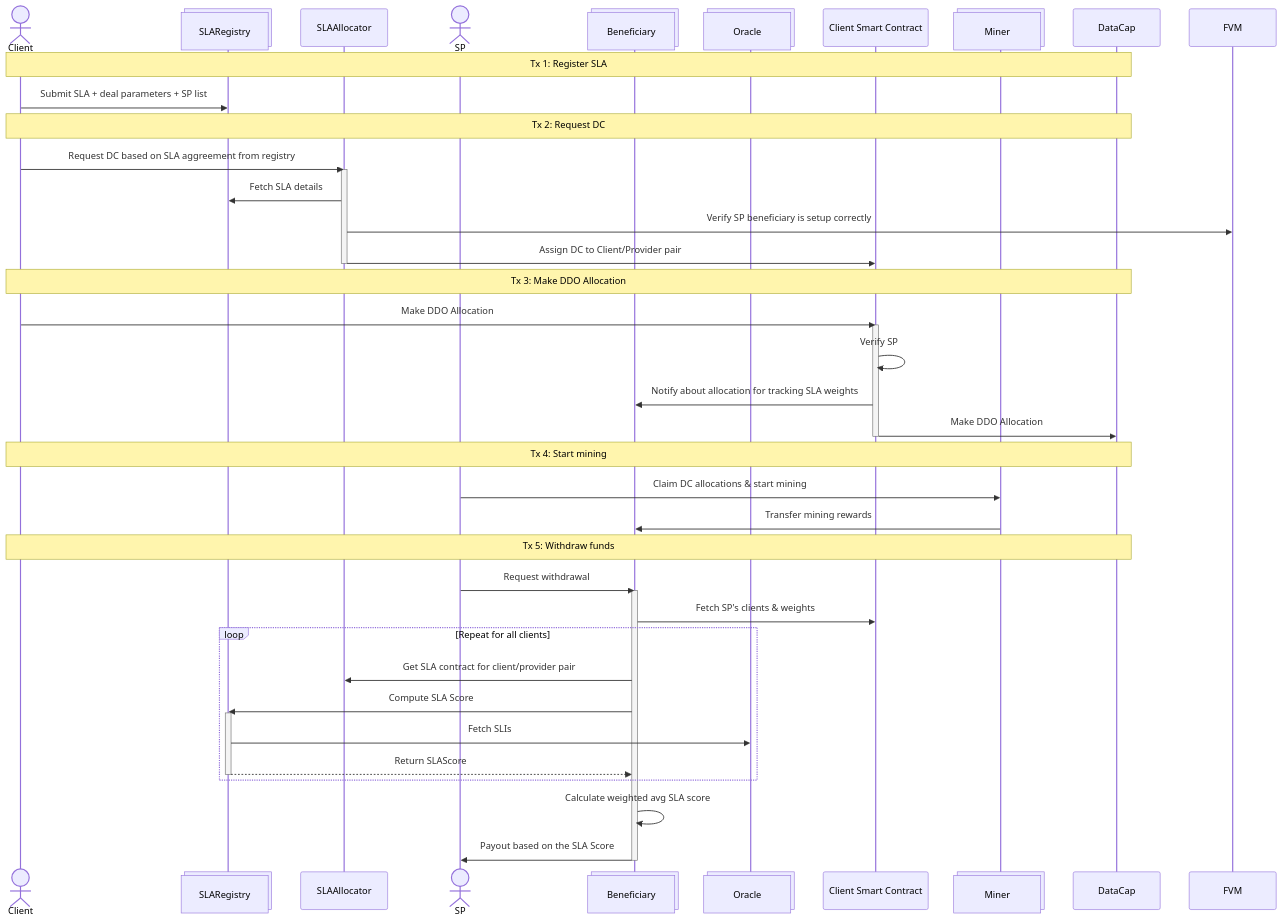
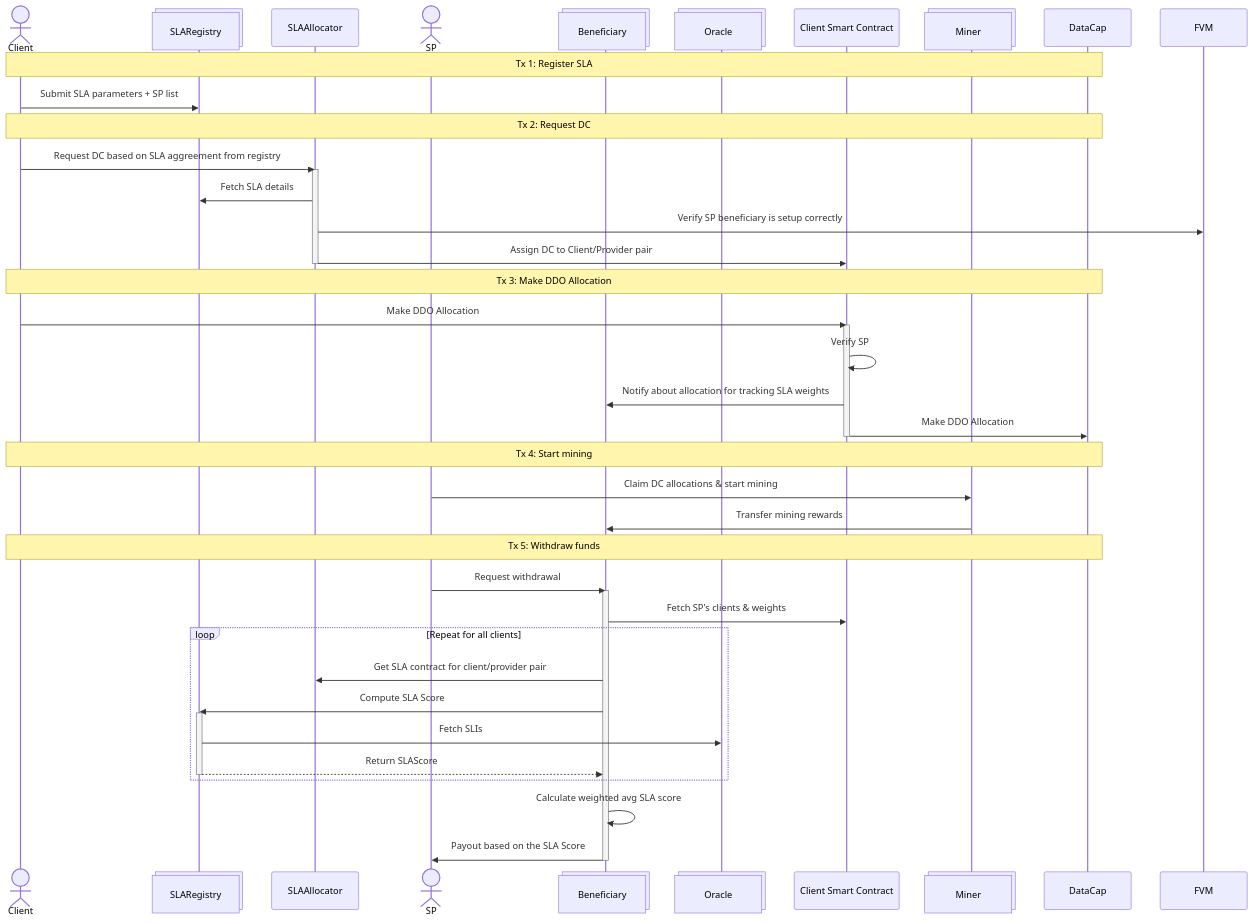
One commit to kacperzuk-neti/sla-allocator-contracts changed the first of 2 diagrams in README.md. Above: the diagram before and after it, drawn with Mermaid. The commit also changed other lines of this file, not shown here.

````diff
--- a/README.md
+++ b/README.md
@@ -192,54 +194,54 @@
 ```mermaid
 sequenceDiagram
   actor Client
   participant SLARegistry@{ "type" : "collections" }
   participant SLAAllocator
   actor SP
   participant Beneficiary@{ "type" : "collections" }
   participant Oracle@{ "type" : "collections" }
   participant ClientSC as Client Smart Contract
   participant Miner@{ "type" : "collections" }
 
 note over Client,DataCap: Tx 1: Register SLA
-  Client->>SLARegistry: Submit SLA + deal parameters + SP list
+  Client->>SLARegistry: Submit SLA parameters + SP list
 
 note over Client,DataCap: Tx 2: Request DC
   Client->>SLAAllocator: Request DC based on SLA aggreement from registry
   activate SLAAllocator
   SLAAllocator->>SLARegistry: Fetch SLA details
 
   SLAAllocator->>FVM: Verify SP beneficiary is setup correctly
   SLAAllocator->>ClientSC: Assign DC to Client/Provider pair
   deactivate SLAAllocator
 
 note over Client,DataCap: Tx 3: Make DDO Allocation
   Client->>ClientSC: Make DDO Allocation
   activate ClientSC
   ClientSC->>ClientSC: Verify SP
   ClientSC->>Beneficiary: Notify about allocation for tracking SLA weights
   ClientSC->>DataCap: Make DDO Allocation
   deactivate ClientSC
 
 note over Client,DataCap: Tx 4: Start mining
   SP->>Miner: Claim DC allocations & start mining
   Miner->>Beneficiary: Transfer mining rewards
   
 note over Client,DataCap: Tx 5: Withdraw funds
   SP->>Beneficiary: Request withdrawal
   activate Beneficiary
   
   Beneficiary->>ClientSC: Fetch SP's clients & weights
   loop Repeat for all clients
   Beneficiary->>SLAAllocator: Get SLA contract for client/provider pair
   Beneficiary->>SLARegistry: Compute SLA Score
   activate SLARegistry
   SLARegistry->>Oracle: Fetch SLIs
   SLARegistry-->>Beneficiary: Return SLAScore
   deactivate SLARegistry
   end
   
   Beneficiary->>Beneficiary: Calculate weighted avg SLA score
 
   Beneficiary->>SP: Payout based on the SLA Score
   deactivate Beneficiary
 ```
````
